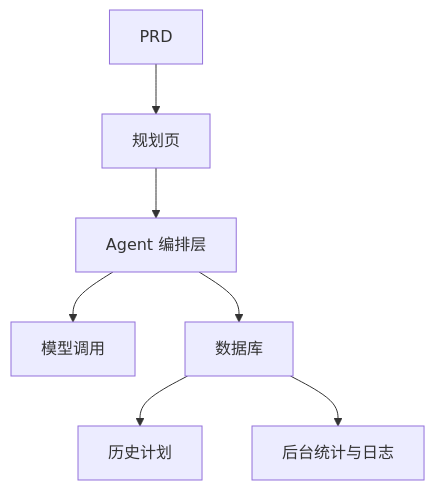
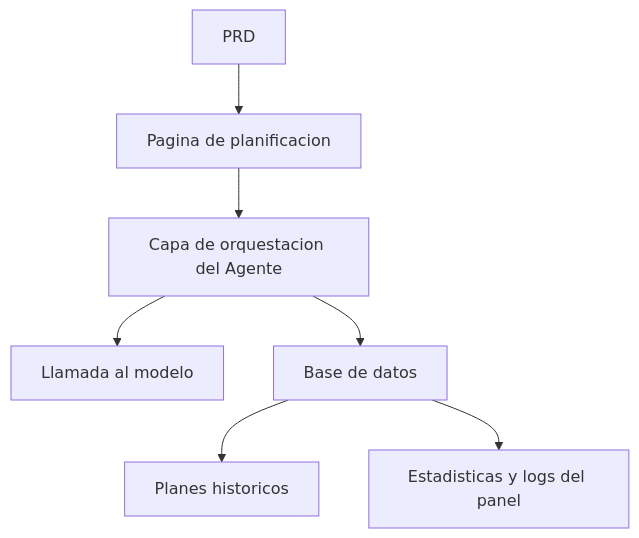
Before and after one commit to sketchymonk/easy-vibe: the diagram in docs/es-es/stage-2/assignments/travel-planning-agent-platform/index.md, drawn with Mermaid. The commit also changed other lines of this file and 59 other files, not shown here.

````diff
--- a/docs/es-es/stage-2/assignments/travel-planning-agent-platform/index.md
+++ b/docs/es-es/stage-2/assignments/travel-planning-agent-platform/index.md
@@ -71,9 +71,9 @@
 ```mermaid
 flowchart TD
-  prd["PRD"] --> planner["规划页"]
-  planner --> agent["Agent 编排层"]
-  agent --> model["模型调用"]
-  agent --> db["数据库"]
-  db --> history["历史计划"]
-  db --> admin["后台统计与日志"]
+  prd["PRD"] --> planner["Pagina de planificacion"]
+  planner --> agent["Capa de orquestacion del Agente"]
+  agent --> model["Llamada al modelo"]
+  agent --> db["Base de datos"]
+  db --> history["Planes historicos"]
+  db --> admin["Estadisticas y logs del panel"]
 ```
````
